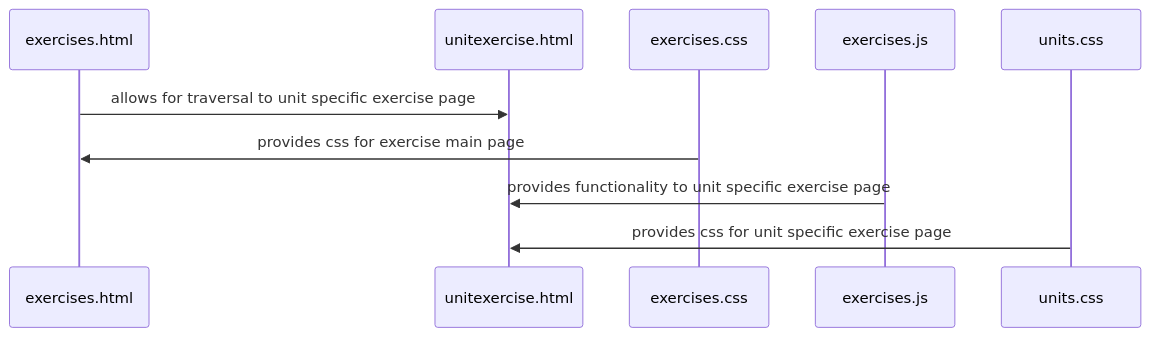
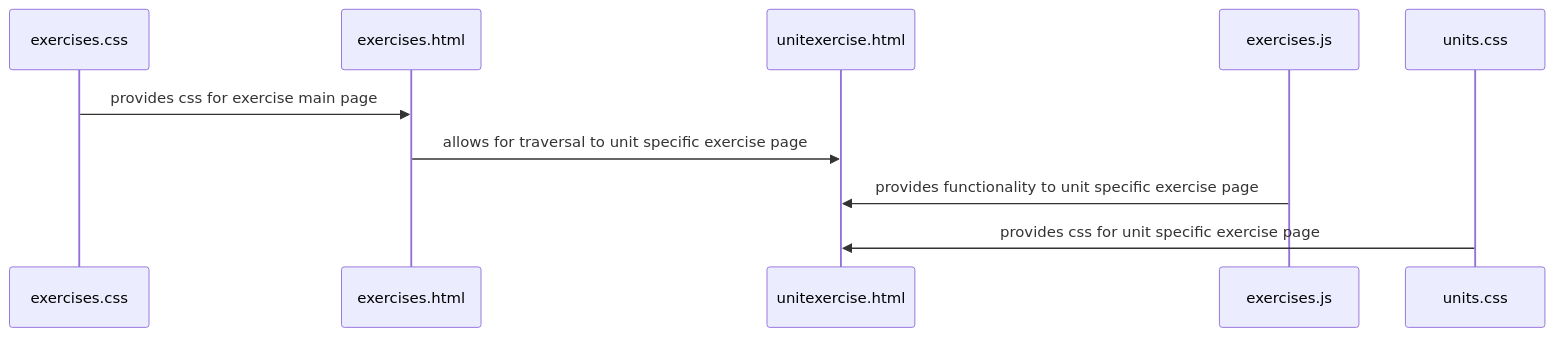
Before and after one commit to JianmingLinUMass/ms02: the diagram in team/m3/calder-mckenna/feature-sequence-diagram-calder.md, drawn with Mermaid. The commit also changed other lines of this file, not shown here.

````diff
--- a/team/m3/calder-mckenna/feature-sequence-diagram-calder.md
+++ b/team/m3/calder-mckenna/feature-sequence-diagram-calder.md
@@ -7,7 +7,7 @@
 ```mermaid
     sequenceDiagram
+        exercises.css->>exercises.html: provides css for exercise main page
         exercises.html->>unitexercise.html: allows for traversal to unit specific exercise page
-        exercises.css->>exercises.html: provides css for exercise main page
         exercises.js->>unitexercise.html: provides functionality to unit specific exercise page 
         units.css->>unitexercise.html: provides css for unit specific exercise page
 ```
````
